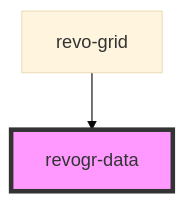
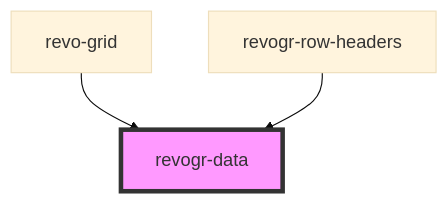
One commit to revolist/revogrid changed the diagram in src/components/data/readme.md. Above: the diagram before and after it, drawn with Mermaid (base theme). The commit also changed other lines of this file and 35 other files, not shown here.

````diff
--- a/src/components/data/readme.md
+++ b/src/components/data/readme.md
@@ -36,5 +37,6 @@
 ```mermaid
 graph TD;
   revo-grid --> revogr-data
+  revogr-row-headers --> revogr-data
   style revogr-data fill:#f9f,stroke:#333,stroke-width:4px
 ```
````
